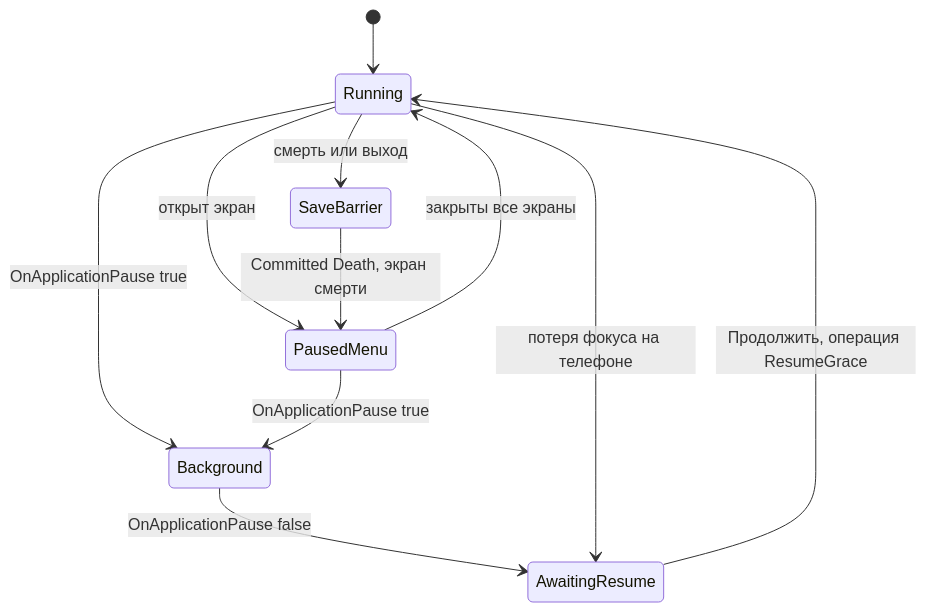
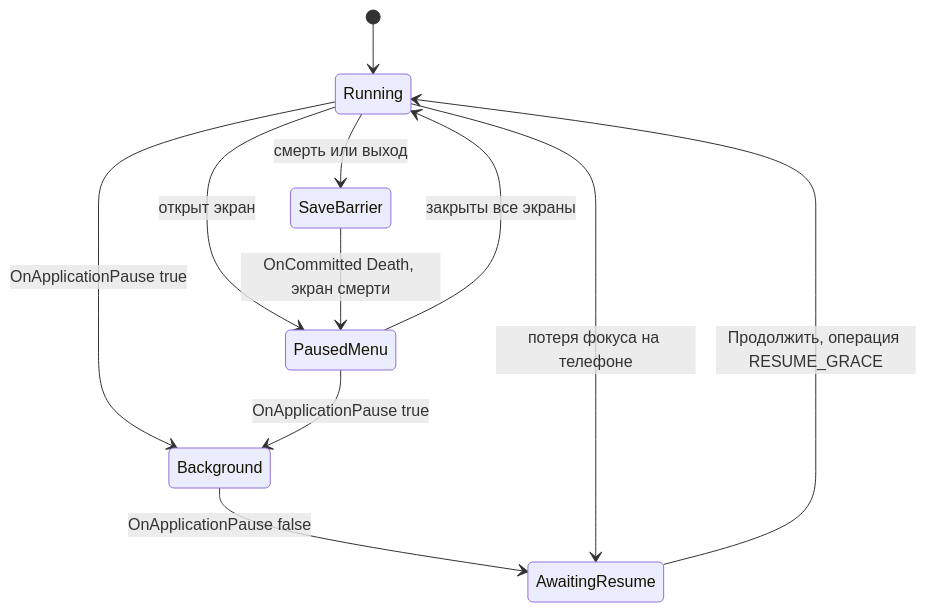
One commit to ArtesiaDev/Rise-to-Panteon changed the fourth of 4 diagrams in Docs/Tech/Architecture/Services.md. Above: the diagram before and after it, drawn with Mermaid. The commit also changed other lines of this file and 59 other files, not shown here.

````diff
--- a/Docs/Tech/Architecture/Services.md
+++ b/Docs/Tech/Architecture/Services.md
@@ -487,13 +510,13 @@
 ```mermaid
 stateDiagram-v2
     [*] --> Running
     Running --> PausedMenu: открыт экран
     PausedMenu --> Running: закрыты все экраны
     Running --> Background: OnApplicationPause true
     PausedMenu --> Background: OnApplicationPause true
     Background --> AwaitingResume: OnApplicationPause false
     Running --> AwaitingResume: потеря фокуса на телефоне
-    AwaitingResume --> Running: Продолжить, операция ResumeGrace
+    AwaitingResume --> Running: Продолжить, операция RESUME_GRACE
     Running --> SaveBarrier: смерть или выход
-    SaveBarrier --> PausedMenu: Committed Death, экран смерти
+    SaveBarrier --> PausedMenu: OnCommitted Death, экран смерти
 ```
````
